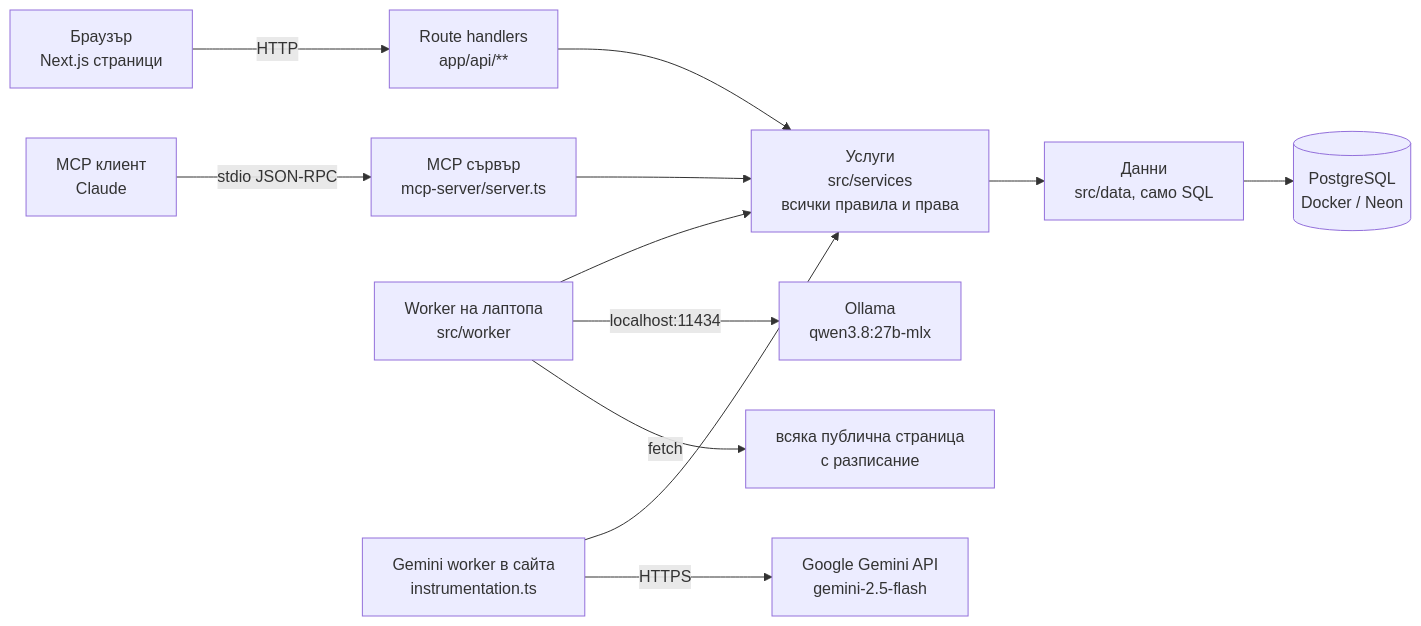
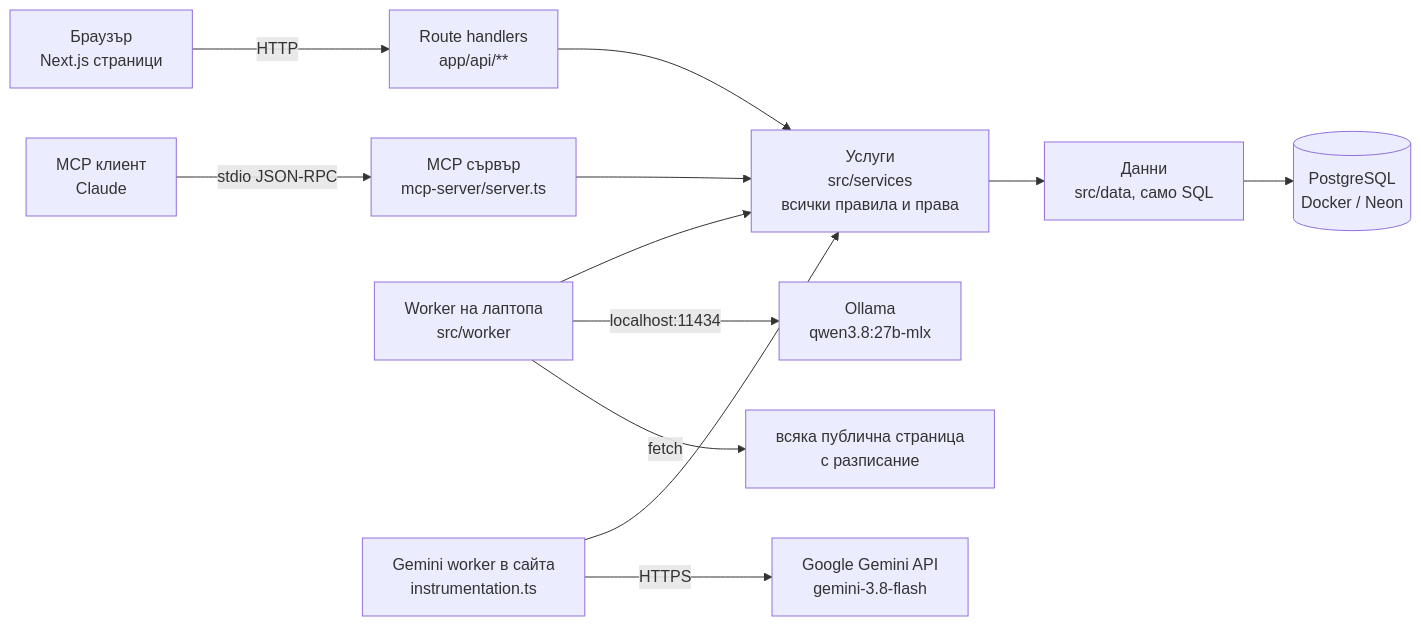
The first of 5 diagrams in docs/RUNBOOK.md (Svetlioo/webdev-121326005), drawn with Mermaid before and after one commit. The commit also changed other lines of this file and 10 other files, not shown here.

Commit message:
npm run live:start / live:stop / live:status: the laptop's model for the live site (Ollama + worker on .env.live, which git ignores); Gemini default gemini-3.8-flash (2.5 Flash is gone for new keys)

````diff
--- a/docs/RUNBOOK.md
+++ b/docs/RUNBOOK.md
@@ -32,14 +32,14 @@
 ```mermaid
 flowchart LR
   B[Браузър<br/>Next.js страници] -->|HTTP| R[Route handlers<br/>app/api/**]
   M[MCP клиент<br/>Claude] -->|stdio JSON-RPC| S[MCP сървър<br/>mcp-server/server.ts]
   R --> SV[Услуги<br/>src/services<br/>всички правила и права]
   S --> SV
   W[Worker на лаптопа<br/>src/worker] --> SV
   G[Gemini worker в сайта<br/>instrumentation.ts] --> SV
   SV --> D[Данни<br/>src/data, само SQL]
   D --> DB[(PostgreSQL<br/>Docker / Neon)]
   W -->|localhost:11434| O[Ollama<br/>qwen3.8:27b-mlx]
-  G -->|HTTPS| GE[Google Gemini API<br/>gemini-2.5-flash]
+  G -->|HTTPS| GE[Google Gemini API<br/>gemini-3.8-flash]
   W -->|fetch| F[всяка публична страница<br/>с разписание]
 ```
````
